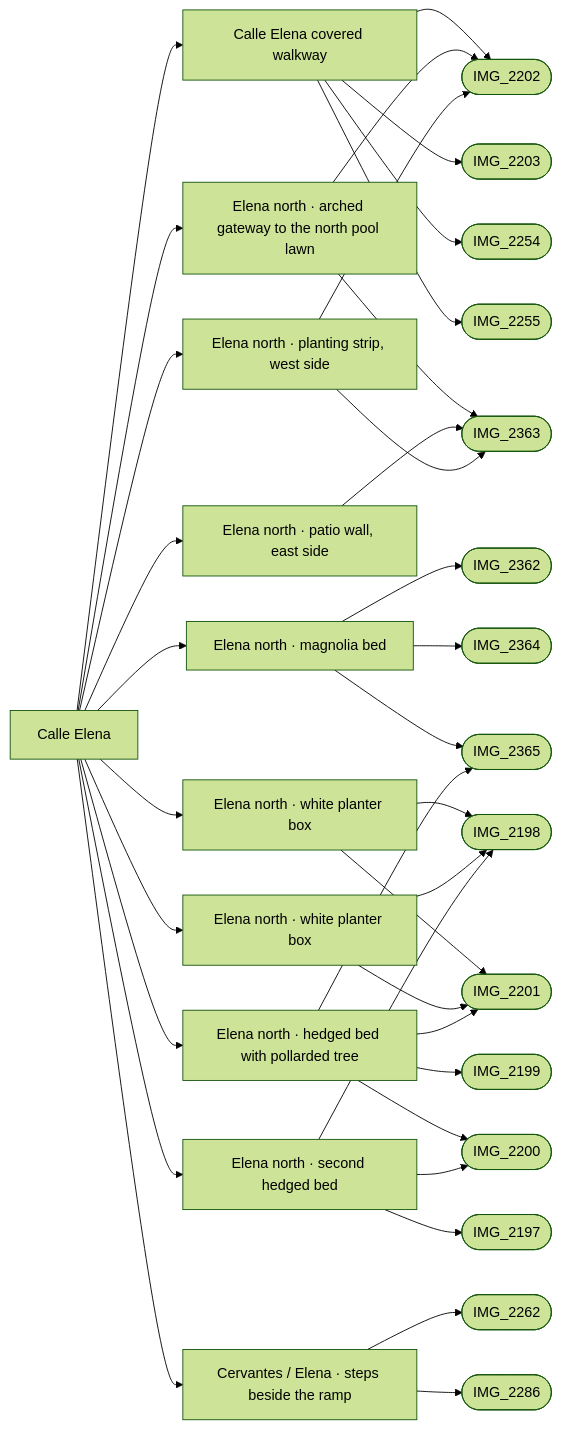
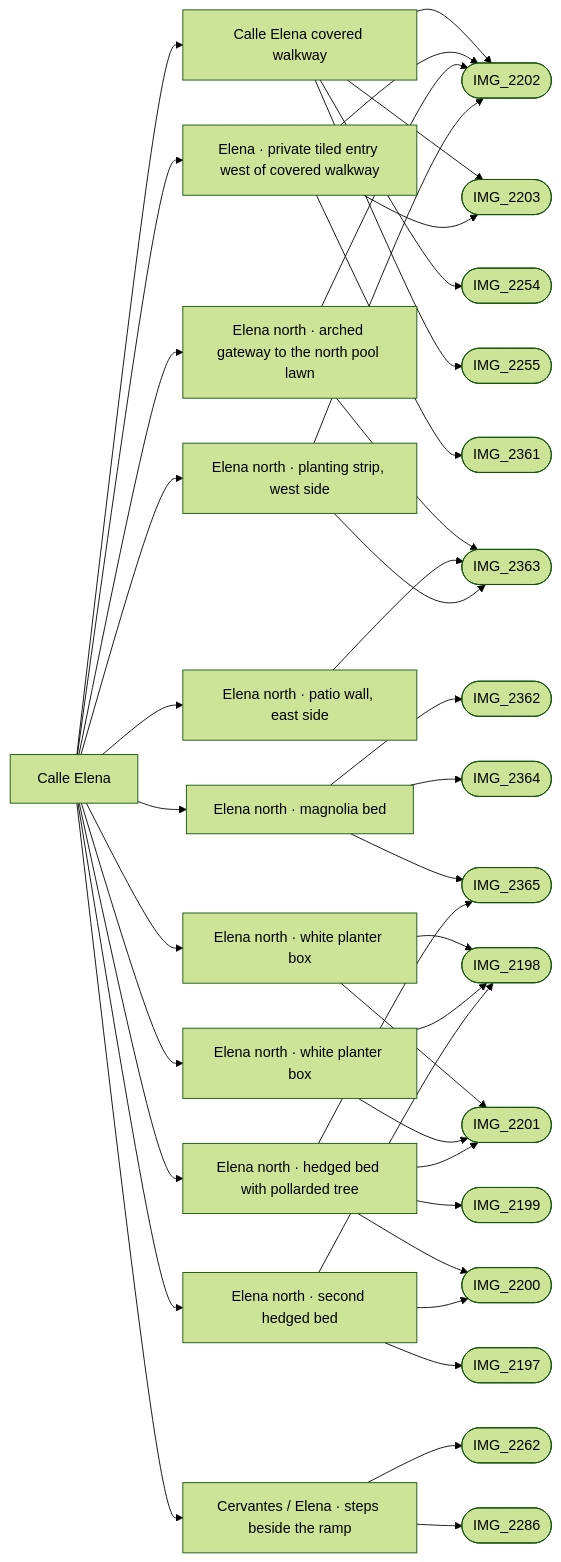
Before and after one commit to daveyboyc/villacana-venture: the diagram in refs/areas/elena.md, drawn with Mermaid (forest theme). The commit also changed other lines of this file and 17 other files, not shown here.

Commit message:
Build photo-backed Elena private gated entry for #46

````diff
--- a/refs/areas/elena.md
+++ b/refs/areas/elena.md
@@ -42,39 +43,43 @@
 ```mermaid
 graph LR
   A["Calle Elena"]
   A --> F0["Calle Elena covered walkway"]
   F0 --> PIMG_2202_jpg(["IMG_2202"])
   F0 --> PIMG_2203_jpg(["IMG_2203"])
   F0 --> PIMG_2254_jpg(["IMG_2254"])
   F0 --> PIMG_2255_jpg(["IMG_2255"])
-  A --> F1["Elena north · arched gateway to the north pool lawn"]
+  A --> F1["Elena · private tiled entry west of covered walkway"]
   F1 --> PIMG_2202_jpg(["IMG_2202"])
-  F1 --> PIMG_2363_jpg(["IMG_2363"])
-  A --> F2["Elena north · magnolia bed"]
-  F2 --> PIMG_2362_jpg(["IMG_2362"])
-  F2 --> PIMG_2364_jpg(["IMG_2364"])
-  F2 --> PIMG_2365_jpg(["IMG_2365"])
-  A --> F3["Elena north · patio wall, east side"]
-  F3 --> PIMG_2363_jpg(["IMG_2363"])
-  A --> F4["Elena north · white planter box"]
-  F4 --> PIMG_2198_jpg(["IMG_2198"])
-  F4 --> PIMG_2201_jpg(["IMG_2201"])
+  F1 --> PIMG_2203_jpg(["IMG_2203"])
+  F1 --> PIMG_2361_jpg(["IMG_2361"])
+  A --> F2["Elena north · arched gateway to the north pool lawn"]
+  F2 --> PIMG_2202_jpg(["IMG_2202"])
+  F2 --> PIMG_2363_jpg(["IMG_2363"])
+  A --> F3["Elena north · magnolia bed"]
+  F3 --> PIMG_2362_jpg(["IMG_2362"])
+  F3 --> PIMG_2364_jpg(["IMG_2364"])
+  F3 --> PIMG_2365_jpg(["IMG_2365"])
+  A --> F4["Elena north · patio wall, east side"]
+  F4 --> PIMG_2363_jpg(["IMG_2363"])
   A --> F5["Elena north · white planter box"]
   F5 --> PIMG_2198_jpg(["IMG_2198"])
   F5 --> PIMG_2201_jpg(["IMG_2201"])
-  A --> F6["Elena north · planting strip, west side"]
-  F6 --> PIMG_2202_jpg(["IMG_2202"])
-  F6 --> PIMG_2363_jpg(["IMG_2363"])
-  A --> F7["Elena north · hedged bed with pollarded tree"]
-  F7 --> PIMG_2199_jpg(["IMG_2199"])
-  F7 --> PIMG_2200_jpg(["IMG_2200"])
-  F7 --> PIMG_2201_jpg(["IMG_2201"])
-  F7 --> PIMG_2365_jpg(["IMG_2365"])
-  A --> F8["Elena north · second hedged bed"]
-  F8 --> PIMG_2197_jpg(["IMG_2197"])
-  F8 --> PIMG_2198_jpg(["IMG_2198"])
+  A --> F6["Elena north · white planter box"]
+  F6 --> PIMG_2198_jpg(["IMG_2198"])
+  F6 --> PIMG_2201_jpg(["IMG_2201"])
+  A --> F7["Elena north · planting strip, west side"]
+  F7 --> PIMG_2202_jpg(["IMG_2202"])
+  F7 --> PIMG_2363_jpg(["IMG_2363"])
+  A --> F8["Elena north · hedged bed with pollarded tree"]
+  F8 --> PIMG_2199_jpg(["IMG_2199"])
   F8 --> PIMG_2200_jpg(["IMG_2200"])
-  A --> F9["Cervantes / Elena · steps beside the ramp"]
-  F9 --> PIMG_2262_jpg(["IMG_2262"])
-  F9 --> PIMG_2286_jpg(["IMG_2286"])
+  F8 --> PIMG_2201_jpg(["IMG_2201"])
+  F8 --> PIMG_2365_jpg(["IMG_2365"])
+  A --> F9["Elena north · second hedged bed"]
+  F9 --> PIMG_2197_jpg(["IMG_2197"])
+  F9 --> PIMG_2198_jpg(["IMG_2198"])
+  F9 --> PIMG_2200_jpg(["IMG_2200"])
+  A --> F10["Cervantes / Elena · steps beside the ramp"]
+  F10 --> PIMG_2262_jpg(["IMG_2262"])
+  F10 --> PIMG_2286_jpg(["IMG_2286"])
 ```
````
